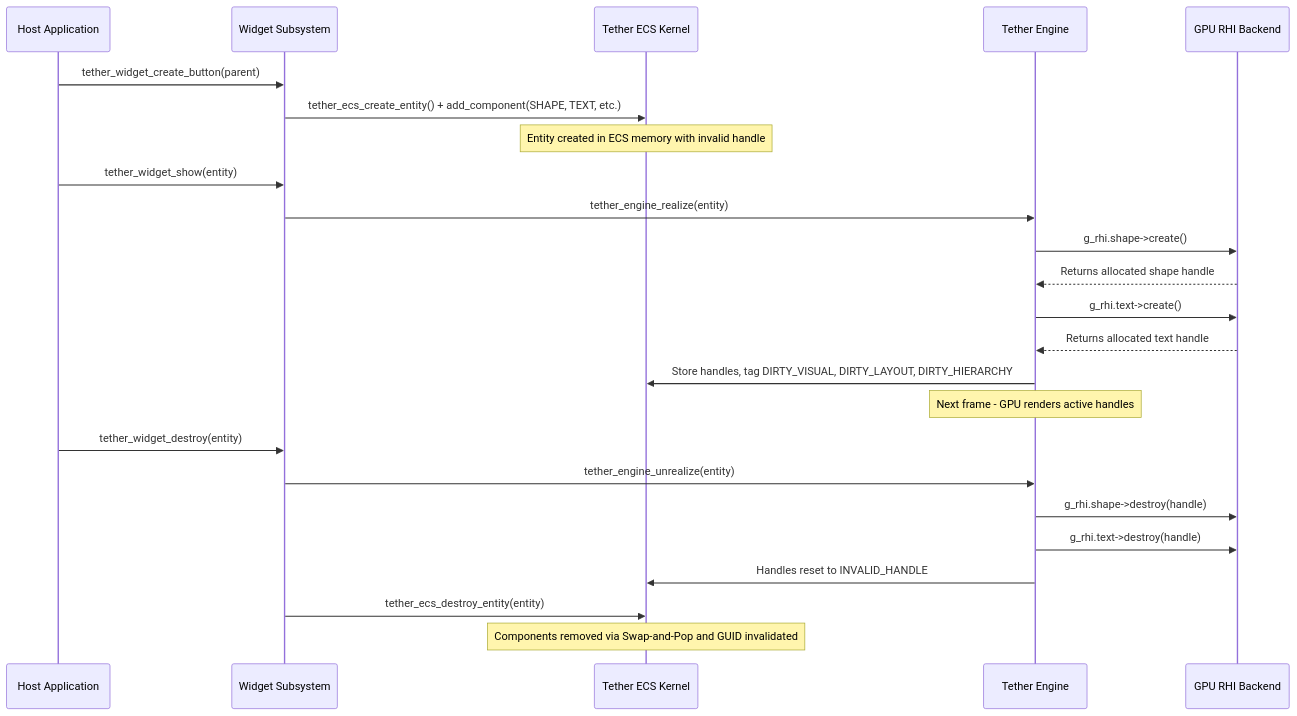
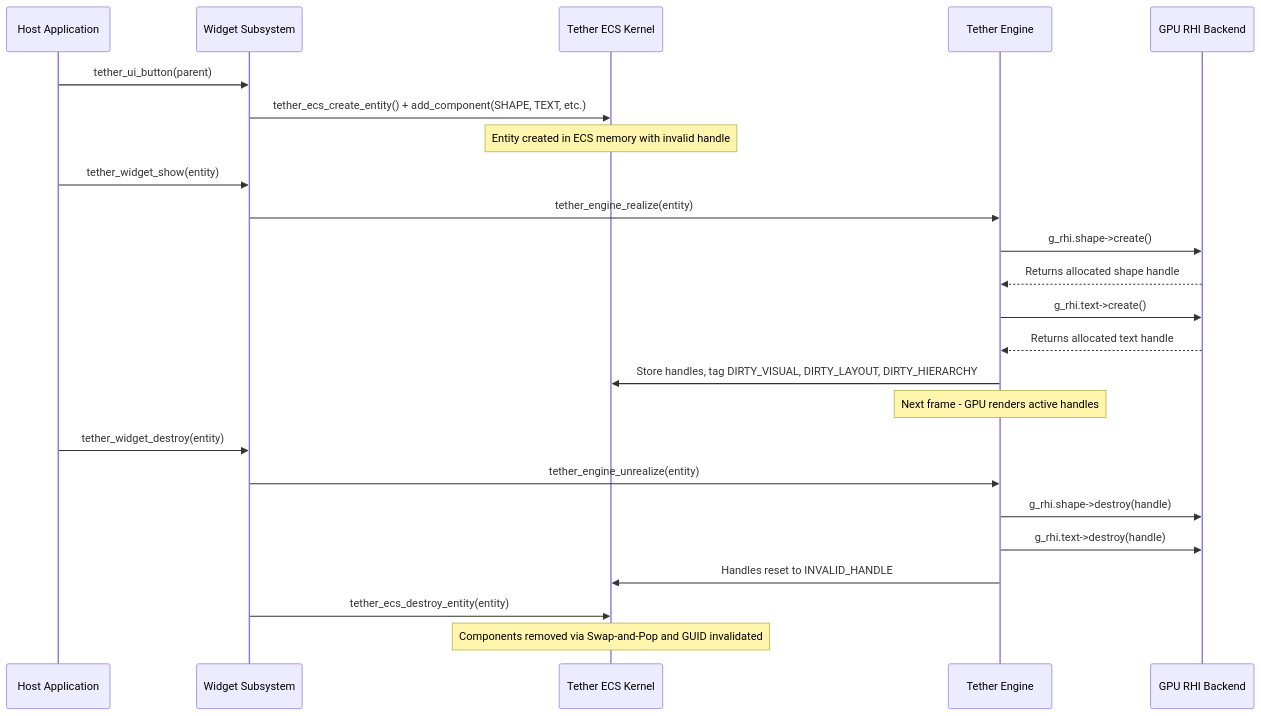
One commit to Yuvi-GD/Tether changed the fourth of 4 diagrams in docs/technical/05_ui_framework_and_widgets.md. Above: the diagram before and after it, drawn with Mermaid. The commit also changed other lines of this file and 24 other files, not shown here.

Commit message:
docs: align technical docs with v0.0.3-preview and clarify presentation roadmap

````diff
--- a/docs/technical/05_ui_framework_and_widgets.md
+++ b/docs/technical/05_ui_framework_and_widgets.md
@@ -480,30 +516,30 @@
 ```mermaid
 sequenceDiagram
     participant App as Host Application
     participant UI as Widget Subsystem
     participant ECS as Tether ECS Kernel
     participant Engine as Tether Engine
     participant RHI as GPU RHI Backend
 
-    App->>UI: tether_widget_create_button(parent)
+    App->>UI: tether_ui_button(parent)
     UI->>ECS: tether_ecs_create_entity() + add_component(SHAPE, TEXT, etc.)
     Note over ECS: Entity created in ECS memory with invalid handle
 
     App->>UI: tether_widget_show(entity)
     UI->>Engine: tether_engine_realize(entity)
     Engine->>RHI: g_rhi.shape->create()
     RHI-->>Engine: Returns allocated shape handle
     Engine->>RHI: g_rhi.text->create()
     RHI-->>Engine: Returns allocated text handle
     Engine->>ECS: Store handles, tag DIRTY_VISUAL, DIRTY_LAYOUT, DIRTY_HIERARCHY
 
     Note over Engine: Next frame - GPU renders active handles
 
     App->>UI: tether_widget_destroy(entity)
     UI->>Engine: tether_engine_unrealize(entity)
     Engine->>RHI: g_rhi.shape->destroy(handle)
     Engine->>RHI: g_rhi.text->destroy(handle)
     Engine->>ECS: Handles reset to INVALID_HANDLE
     UI->>ECS: tether_ecs_destroy_entity(entity)
     Note over ECS: Components removed via Swap-and-Pop and GUID invalidated
 ```
````
